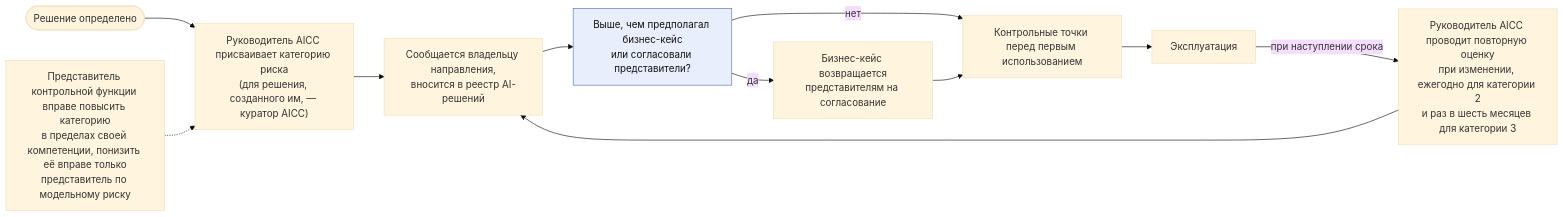
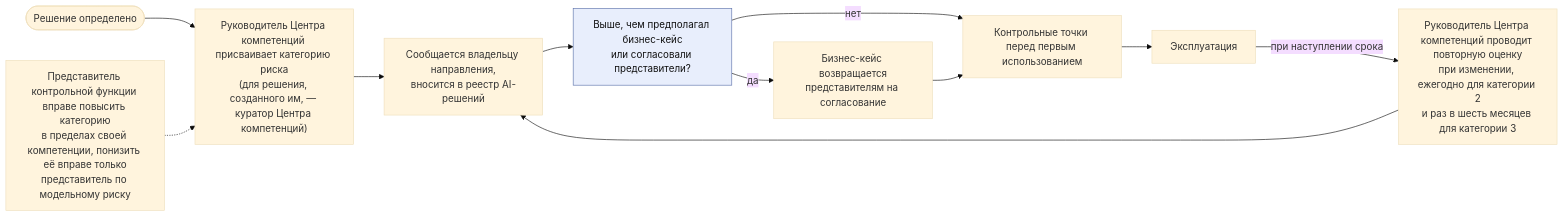
The first of 3 diagrams in charter/ru/workflows/ai-risk-control.md (devhogu/ob-aicc), drawn with Mermaid (base theme) before and after one commit. The commit also changed other lines of this file and 1149 other files, not shown here.

````diff
--- a/charter/ru/workflows/ai-risk-control.md
+++ b/charter/ru/workflows/ai-risk-control.md
@@ -21,15 +21,15 @@
 ```mermaid
 flowchart LR
-  DEF(["Решение определено"]) --> AS["Руководитель AICC присваивает категорию риска<br/>(для решения, созданного им, — куратор AICC)"]
+  DEF(["Решение определено"]) --> AS["Руководитель Центра компетенций присваивает категорию риска<br/>(для решения, созданного им, — куратор Центра компетенций)"]
   AS --> TELL["Сообщается владельцу направления,<br/>вносится в реестр AI-решений"]
   TELL --> CASE["Выше, чем предполагал бизнес-кейс<br/>или согласовали представители?"]
   CASE -->|"да"| RET["Бизнес-кейс возвращается<br/>представителям на согласование"]
   CASE -->|"нет"| GATES["Контрольные точки перед первым использованием"]
   RET --> GATES
   GATES --> LIVE["Эксплуатация"]
-  LIVE -->|"при наступлении срока"| RE["Руководитель AICC проводит повторную оценку<br/>при изменении, ежегодно для категории 2<br/>и раз в шесть месяцев для категории 3"]
+  LIVE -->|"при наступлении срока"| RE["Руководитель Центра компетенций проводит повторную оценку<br/>при изменении, ежегодно для категории 2<br/>и раз в шесть месяцев для категории 3"]
   RE --> TELL
   CF["Представитель контрольной функции вправе повысить категорию<br/>в пределах своей компетенции, понизить её вправе только<br/>представитель по модельному риску"] -.-> AS
   classDef gate fill:#e8eefc,stroke:#5a6fa8,color:#111
   class CASE gate
 ```
````
